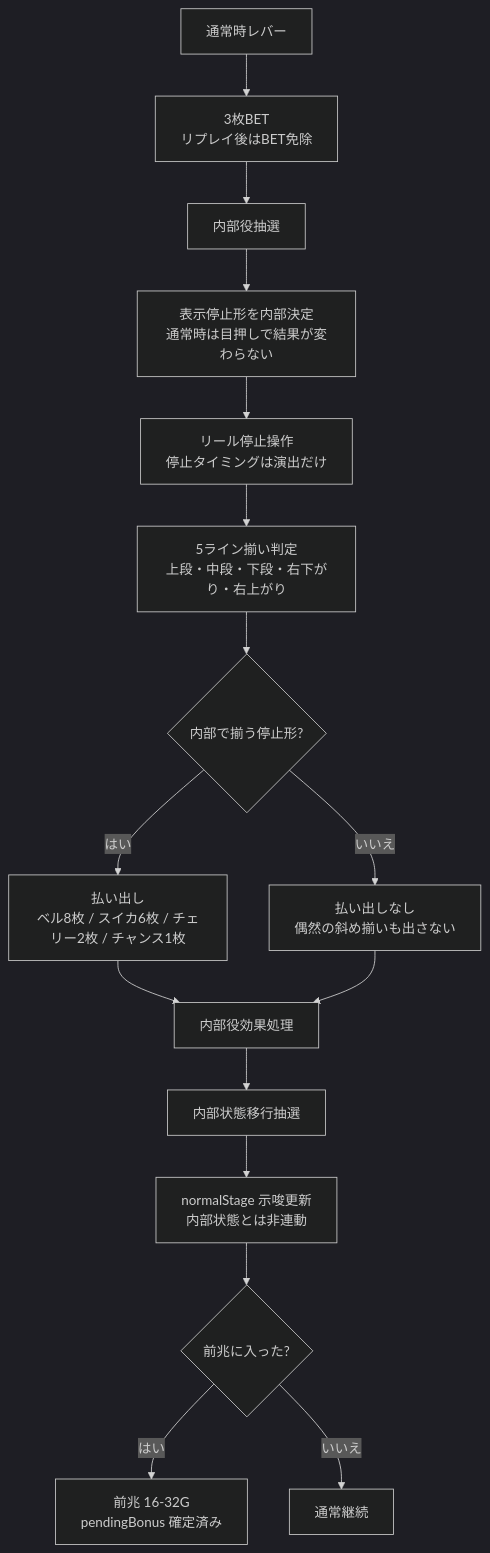
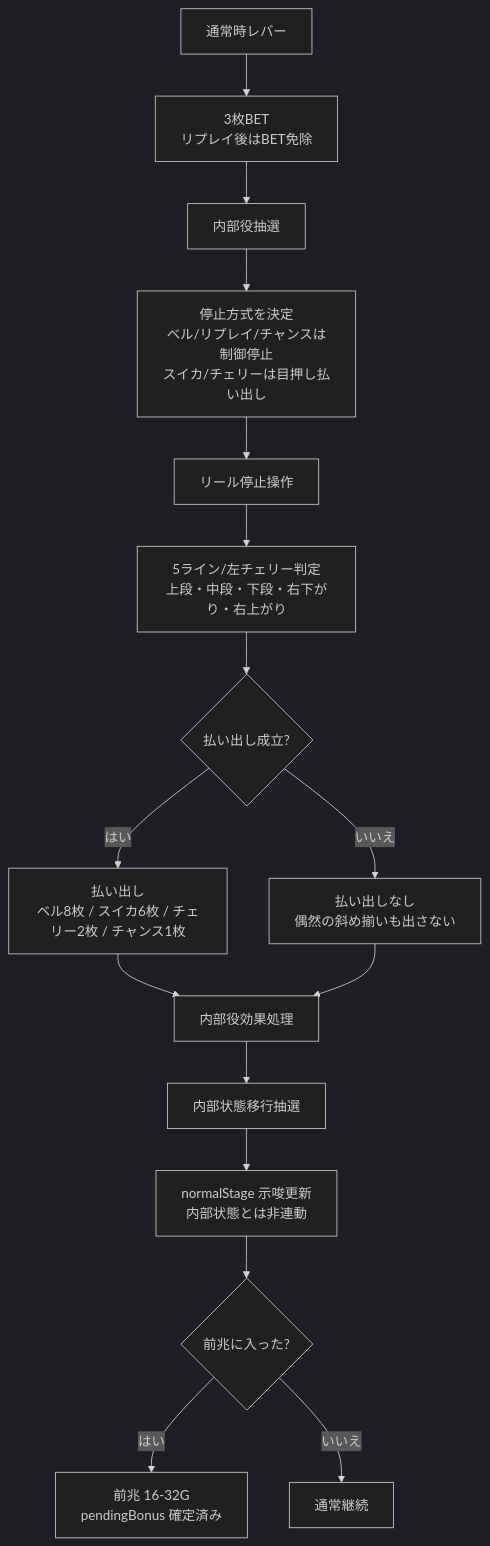
One commit to MikenekoM/MikenekoM--toshiyaizm-slot changed the first of 6 diagrams in docs/v2-lottery-transition-diagram.md. Above: the diagram before and after it, drawn with Mermaid (dark theme). The commit also changed other lines of this file and 12 other files, not shown here.

Commit message:
Adjust V2 meoshi and bonus entry flow

````diff
--- a/docs/v2-lottery-transition-diagram.md
+++ b/docs/v2-lottery-transition-diagram.md
@@ -8,18 +8,18 @@
 ```mermaid
 flowchart TD
   A["通常時レバー"] --> B["3枚BET<br/>リプレイ後はBET免除"]
   B --> C["内部役抽選"]
-  C --> D["表示停止形を内部決定<br/>通常時は目押しで結果が変わらない"]
-  D --> E["リール停止操作<br/>停止タイミングは演出だけ"]
-  E --> F["5ライン揃い判定<br/>上段・中段・下段・右下がり・右上がり"]
-  F --> G{"内部で揃う停止形?"}
+  C --> D["停止方式を決定<br/>ベル/リプレイ/チャンスは制御停止<br/>スイカ/チェリーは目押し払い出し"]
+  D --> E["リール停止操作"]
+  E --> F["5ライン/左チェリー判定<br/>上段・中段・下段・右下がり・右上がり"]
+  F --> G{"払い出し成立?"}
   G -->|はい| H["払い出し<br/>ベル8枚 / スイカ6枚 / チェリー2枚 / チャンス1枚"]
   G -->|いいえ| I["払い出しなし<br/>偶然の斜め揃いも出さない"]
   H --> J["内部役効果処理"]
   I --> J
   J --> K["内部状態移行抽選"]
   K --> L["normalStage 示唆更新<br/>内部状態とは非連動"]
   L --> M{"前兆に入った?"}
   M -->|はい| N["前兆 16-32G<br/>pendingBonus 確定済み"]
   M -->|いいえ| O["通常継続"]
 ```
````
